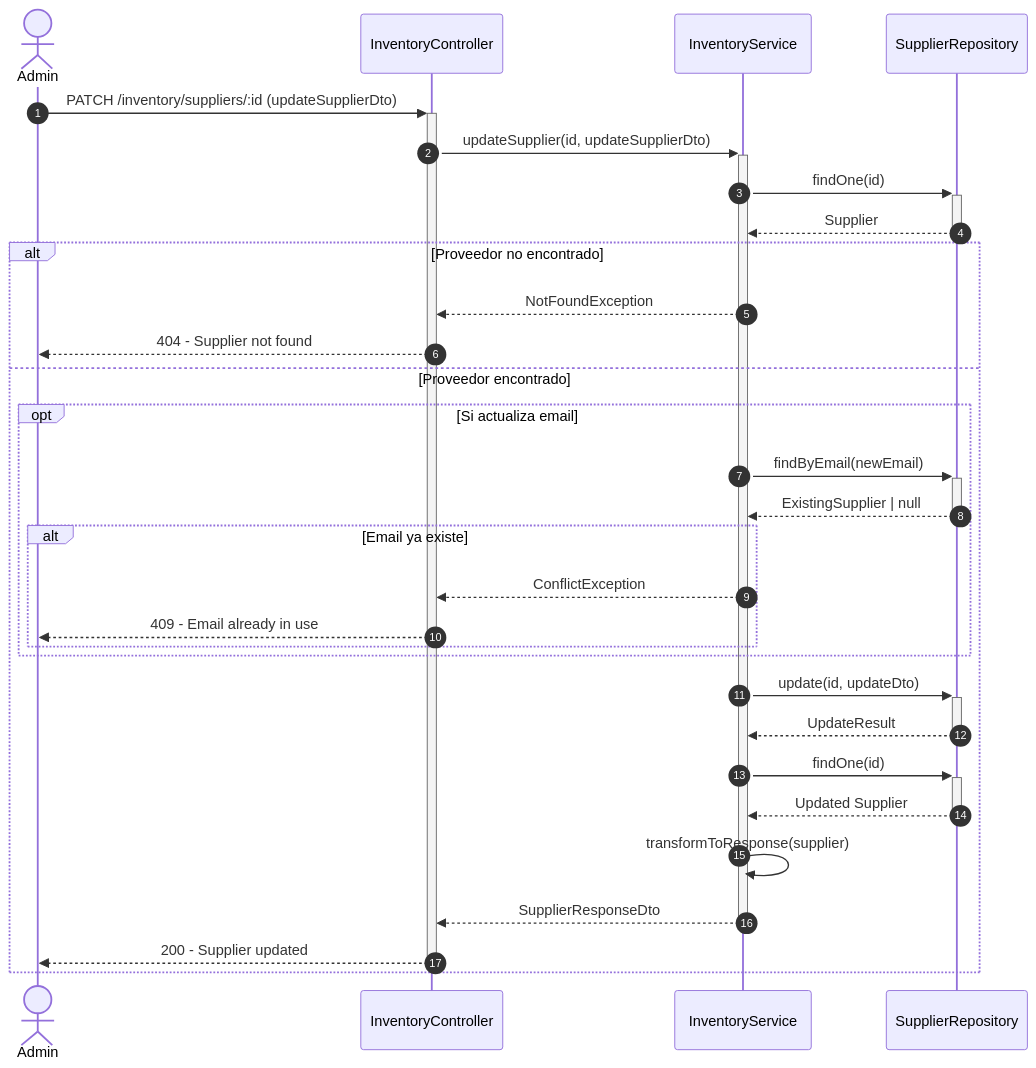
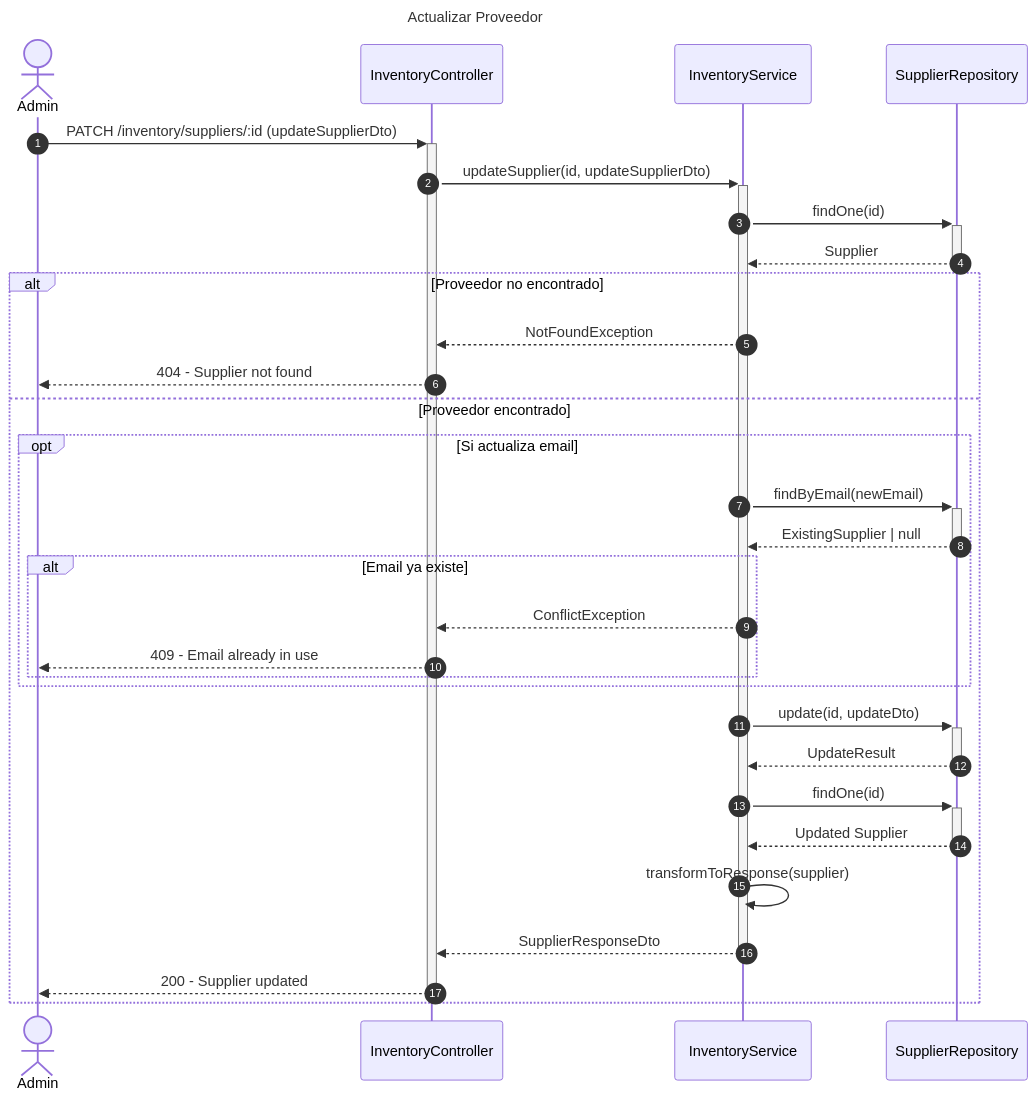
The seventh of 8 diagrams in diagrams/sequence/inventory-sequence-diagram.md (Nick220505/hotelier-backend), drawn with Mermaid before and after one commit. The commit also changed other lines of this file and 5 other files, not shown here.

Commit message:
Add titles to sequence diagrams for Billing, Employees, Inventory, Reservations, Restaurant, and Users modules

````diff
--- a/diagrams/sequence/inventory-sequence-diagram.md
+++ b/diagrams/sequence/inventory-sequence-diagram.md
@@ -214,40 +232,43 @@
 ```mermaid
+---
+title: Actualizar Proveedor
+---
 sequenceDiagram
     autonumber
     actor Admin
     participant Controller as InventoryController
     participant Service as InventoryService
     participant SupplierRepo as SupplierRepository
 
     Admin->>+Controller: PATCH /inventory/suppliers/:id (updateSupplierDto)
     Controller->>+Service: updateSupplier(id, updateSupplierDto)
     
     Service->>+SupplierRepo: findOne(id)
     SupplierRepo-->>-Service: Supplier
     
     alt Proveedor no encontrado
         Service-->>Controller: NotFoundException
         Controller-->>Admin: 404 - Supplier not found
     else Proveedor encontrado
         opt Si actualiza email
             Service->>+SupplierRepo: findByEmail(newEmail)
             SupplierRepo-->>-Service: ExistingSupplier | null
             
             alt Email ya existe
                 Service-->>Controller: ConflictException
                 Controller-->>Admin: 409 - Email already in use
             end
         end
         
         Service->>+SupplierRepo: update(id, updateDto)
         SupplierRepo-->>-Service: UpdateResult
         
         Service->>+SupplierRepo: findOne(id)
         SupplierRepo-->>-Service: Updated Supplier
         
         Service->>Service: transformToResponse(supplier)
         
         Service-->>-Controller: SupplierResponseDto
         Controller-->>-Admin: 200 - Supplier updated
     end
 ```
````
